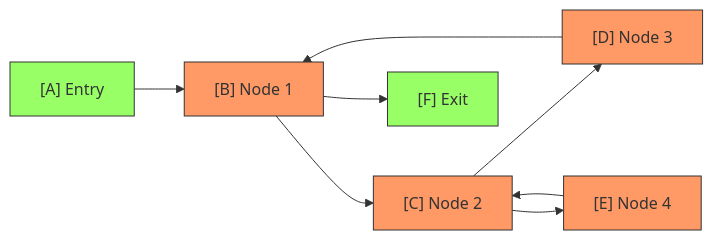
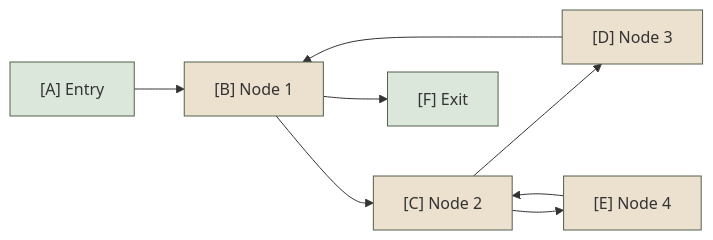
Before and after one commit to yaklang/ssa.to: the third of 11 diagrams in static-analysis-guide/ssa-for-advanced-language-2.mdx, drawn with Mermaid. The commit also changed other lines of this file and 91 other files, not shown here.

````diff
--- a/static-analysis-guide/ssa-for-advanced-language-2.mdx
+++ b/static-analysis-guide/ssa-for-advanced-language-2.mdx
@@ -78,18 +86,18 @@
 ```mermaid
 graph LR
     A["[A] Entry"] --> B["[B] Node 1"]
     B --> C["[C] Node 2"]
     C --> D["[D] Node 3"]
     D --> B
     C --> E["[E] Node 4"]
     E --> C
     B --> F["[F] Exit"]
     
-    style B fill:#f96,stroke:#333
-    style C fill:#f96,stroke:#333
-    style D fill:#f96,stroke:#333
-    style E fill:#f96,stroke:#333
-    style A fill:#9f6,stroke:#333
-    style F fill:#9f6,stroke:#333
+    style B fill:#ece0cf,stroke:#52604c
+    style C fill:#ece0cf,stroke:#52604c
+    style D fill:#ece0cf,stroke:#52604c
+    style E fill:#ece0cf,stroke:#52604c
+    style A fill:#dce7dc,stroke:#52604c
+    style F fill:#dce7dc,stroke:#52604c
 
 ```
````
